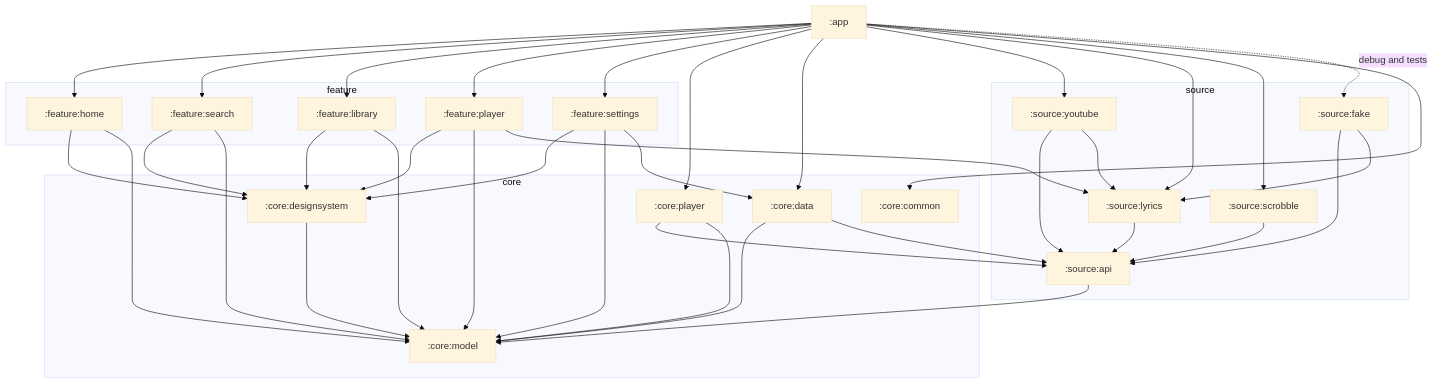
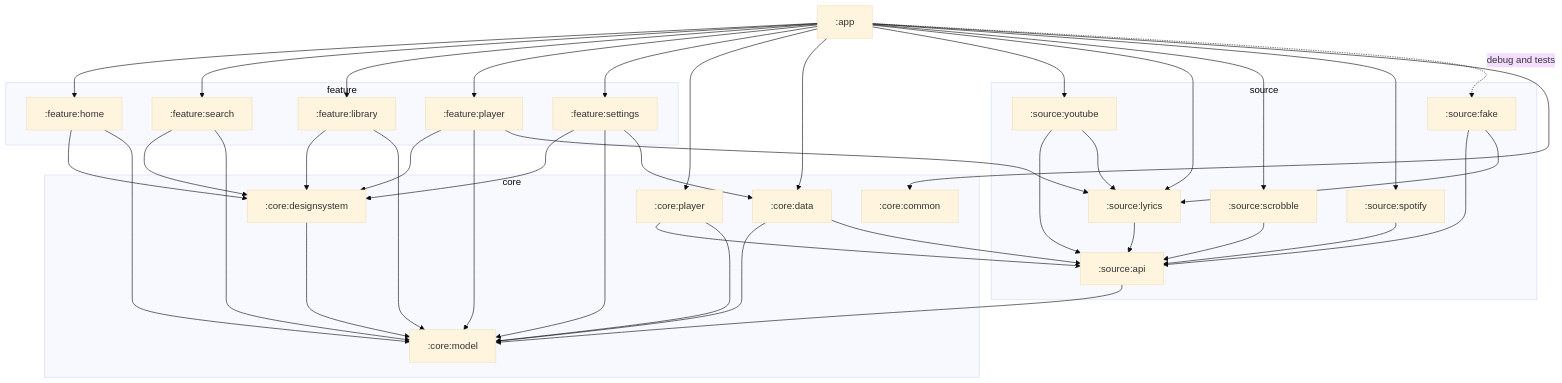
The first of 9 diagrams in docs/ARCHITECTURE.md (muhib-karim/sitara), drawn with Mermaid (base theme) before and after one commit. The commit also changed other lines of this file and 25 other files, not shown here.

First line of the commit message:
docs: prepare 1.0.0 (Phase C complete, not tagged): versionName 1.0.0 / versionCode 23, CHANGELOG, README (features, limits, refreshed and new screenshots), PARITY (every row resolved or not supported), ARCHITECTURE, PHASE_C_PLAN status, REPORT_v100, SKILLS_USED, project brain

````diff
--- a/docs/ARCHITECTURE.md
+++ b/docs/ARCHITECTURE.md
@@ -39,45 +40,47 @@
 ```mermaid
 graph TD
     app[":app"]
 
     subgraph feature
         home[":feature:home"]
         search[":feature:search"]
         library[":feature:library"]
         fplayer[":feature:player"]
         settings[":feature:settings"]
     end
 
     subgraph core
         designsystem[":core:designsystem"]
         cplayer[":core:player"]
         data[":core:data"]
         common[":core:common"]
         model[":core:model"]
     end
 
     subgraph source
         api[":source:api"]
         fake[":source:fake"]
         lyrics[":source:lyrics"]
         youtube[":source:youtube"]
         scrobble[":source:scrobble"]
+        spotify[":source:spotify"]
     end
 
     app --> home & search & library & fplayer & settings
-    app --> cplayer & data & youtube & lyrics & scrobble & common
+    app --> cplayer & data & youtube & lyrics & scrobble & spotify & common
     app -. debug and tests .-> fake
     home & search & library & fplayer & settings --> designsystem
     home & search & library & fplayer & settings --> model
     fplayer --> lyrics
     settings --> data
     cplayer --> api & model
     data --> model
     designsystem --> model
     fake --> api & lyrics
     youtube --> api & lyrics
     lyrics --> api
     scrobble --> api
+    spotify --> api
     data --> api
     api --> model
 ```
````
